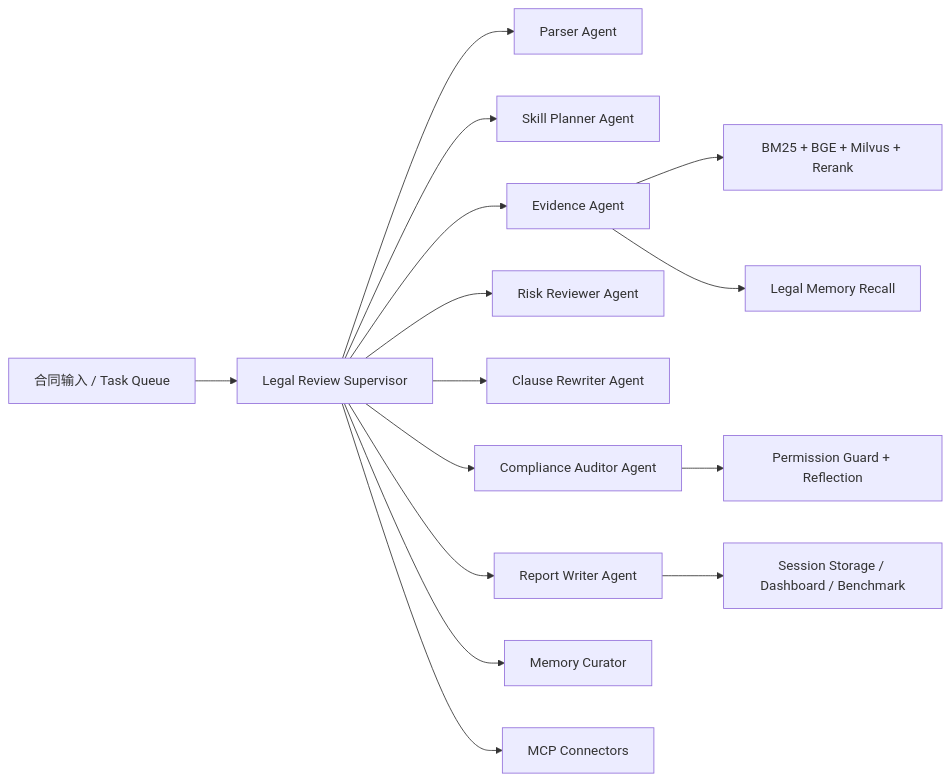
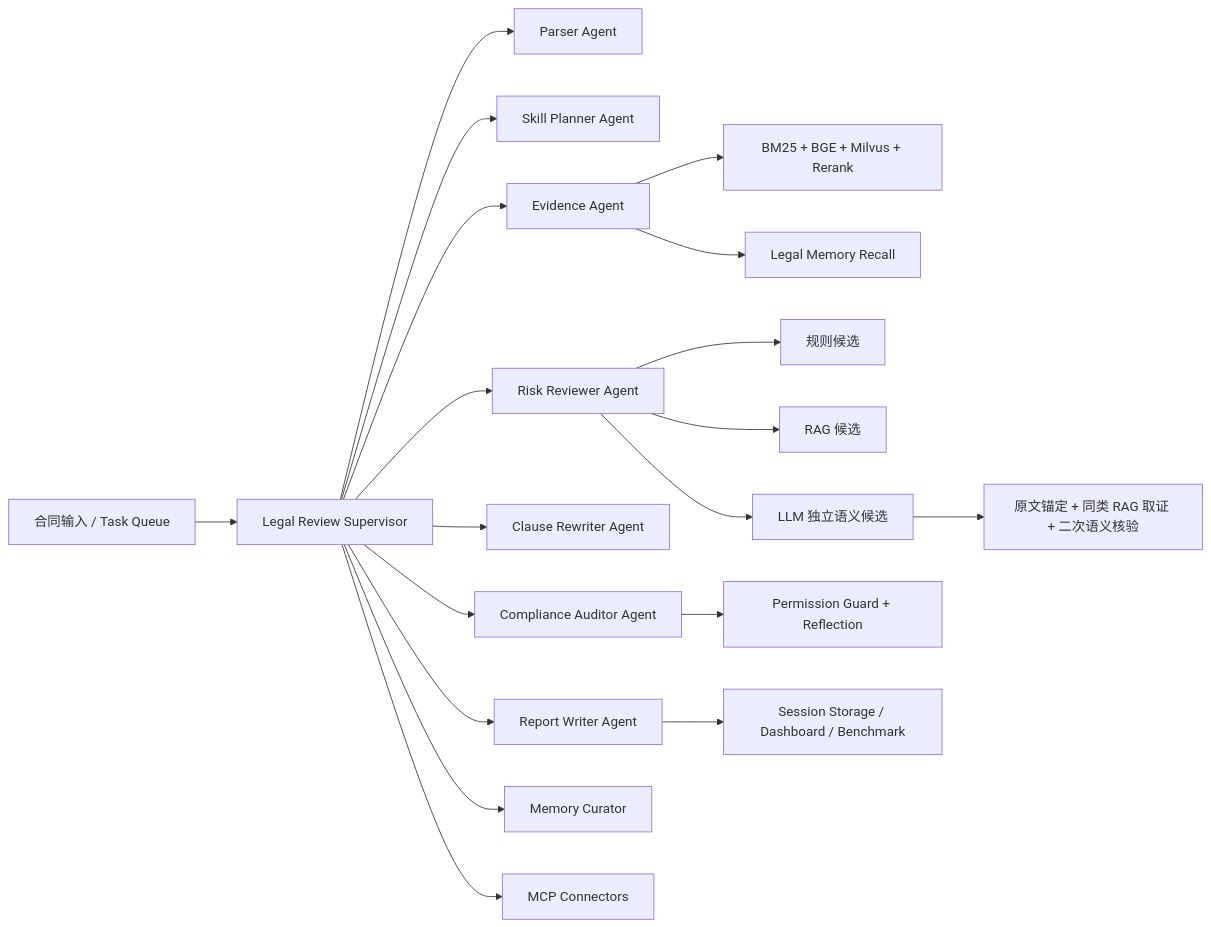
One commit to DevCrafterss11/legal-agent-workbench changed the diagram in docs/ARCHITECTURE.md. Above: the diagram before and after it, drawn with Mermaid. The commit also changed other lines of this file and 10 other files, not shown here.

Commit message:
docs: refresh architecture and interview materials

````diff
--- a/docs/ARCHITECTURE.md
+++ b/docs/ARCHITECTURE.md
@@ -25,17 +25,21 @@
 ```mermaid
 flowchart LR
     A["合同输入 / Task Queue"] --> B["Legal Review Supervisor"]
     B --> C["Parser Agent"]
     B --> D["Skill Planner Agent"]
     B --> E["Evidence Agent"]
     B --> F["Risk Reviewer Agent"]
     B --> G["Clause Rewriter Agent"]
     B --> H["Compliance Auditor Agent"]
     B --> I["Report Writer Agent"]
     B --> J["Memory Curator"]
     E --> E1["BM25 + BGE + Milvus + Rerank"]
     E --> E2["Legal Memory Recall"]
+    F --> F1["规则候选"]
+    F --> F2["RAG 候选"]
+    F --> F3["LLM 独立语义候选"]
+    F3 --> F4["原文锚定 + 同类 RAG 取证 + 二次语义核验"]
     H --> H1["Permission Guard + Reflection"]
     I --> K["Session Storage / Dashboard / Benchmark"]
     B --> L["MCP Connectors"]
 ```
````
